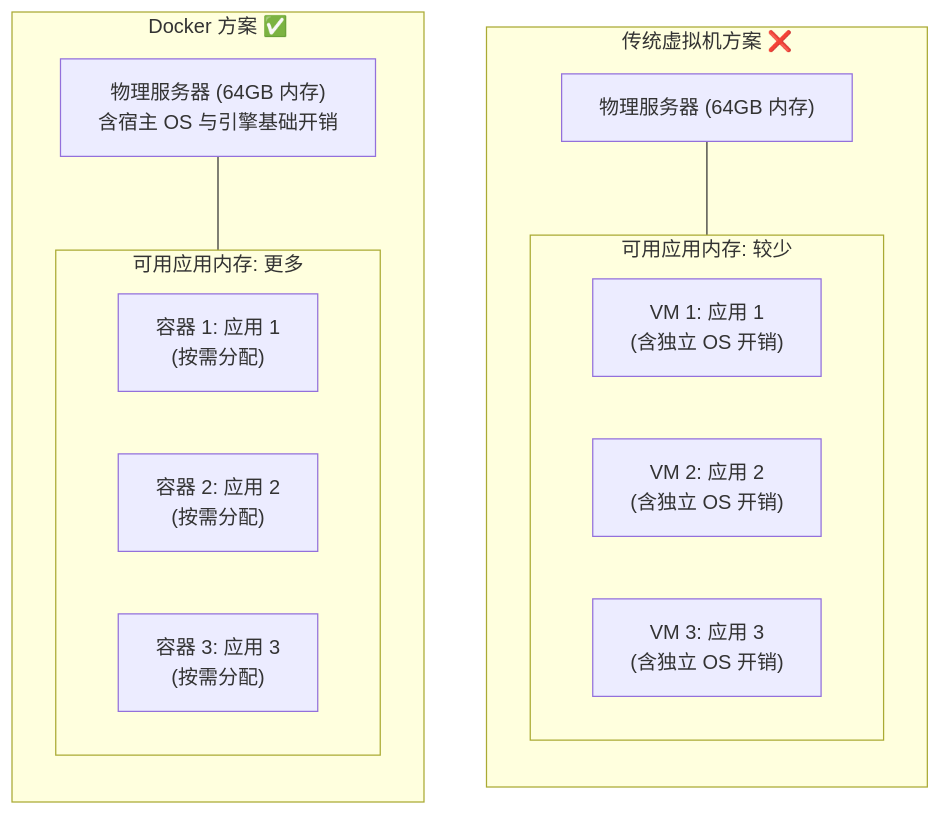
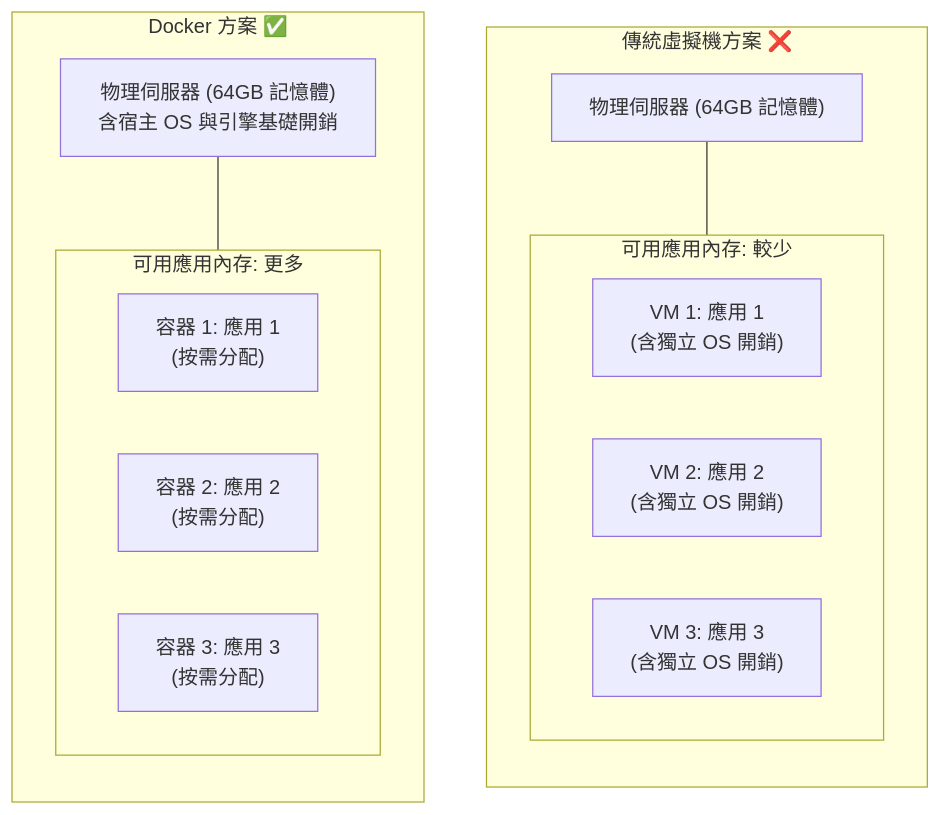
One commit to doggy8088/docker_practice changed the second of 4 diagrams in 01_introduction/1.3_why.md. Above: the diagram before and after it, drawn with Mermaid. The commit also changed other lines of this file and 211 other files, not shown here.

````diff
--- a/01_introduction/1.3_why.md
+++ b/01_introduction/1.3_why.md
@@ -105,26 +105,26 @@
 ```mermaid
 flowchart TD
-    subgraph VM ["传统虚拟机方案 ❌"]
+    subgraph VM ["傳統虛擬機方案 ❌"]
         direction TB
-        Server1["物理服务器 (64GB 内存)"]
-        subgraph VMs ["可用应用内存: 较少"]
+        Server1["物理伺服器 (64GB 記憶體)"]
+        subgraph VMs ["可用應用內存: 較少"]
             direction LR
-            VM1["VM 1: 应用 1<br/>(含独立 OS 开销)"]
-            VM2["VM 2: 应用 2<br/>(含独立 OS 开销)"]
-            VM3["VM 3: 应用 3<br/>(含独立 OS 开销)"]
+            VM1["VM 1: 應用 1<br/>(含獨立 OS 開銷)"]
+            VM2["VM 2: 應用 2<br/>(含獨立 OS 開銷)"]
+            VM3["VM 3: 應用 3<br/>(含獨立 OS 開銷)"]
         end
         Server1 --- VMs
     end
 
     subgraph Docker ["Docker 方案 ✅"]
         direction TB
-        Server2["物理服务器 (64GB 内存)<br/>含宿主 OS 与引擎基础开销"]
-        subgraph Containers ["可用应用内存: 更多"]
+        Server2["物理伺服器 (64GB 記憶體)<br/>含宿主 OS 與引擎基礎開銷"]
+        subgraph Containers ["可用應用內存: 更多"]
             direction LR
-            C1["容器 1: 应用 1<br/>(按需分配)"]
-            C2["容器 2: 应用 2<br/>(按需分配)"]
-            C3["容器 3: 应用 3<br/>(按需分配)"]
+            C1["容器 1: 應用 1<br/>(按需分配)"]
+            C2["容器 2: 應用 2<br/>(按需分配)"]
+            C3["容器 3: 應用 3<br/>(按需分配)"]
         end
         Server2 --- Containers
     end
 ```
````
